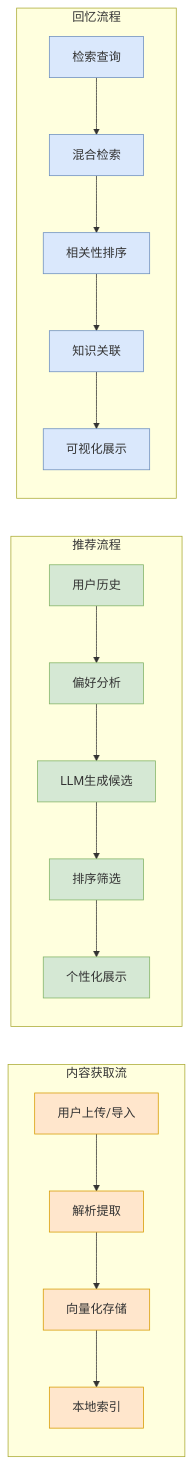
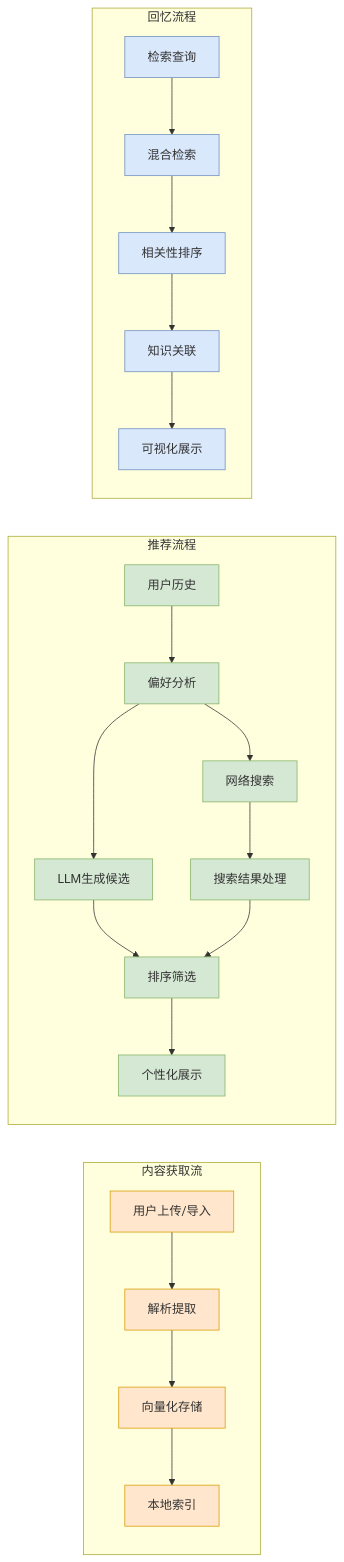
One commit to EnigmaWU/MyLLM_Arena changed the fourth of 9 diagrams in MyStartups/NextBook/README.md. Above: the diagram before and after it, drawn with Mermaid. The commit also changed other lines of this file, not shown here.

Commit message:
更新《README.md》，添加来源和算法部分，详细描述实时搜索、专业书评网站和学术数据库的整合，优化前后端架构图，增强用户对NextBook Agent功能的理解

````diff
--- a/MyStartups/NextBook/README.md
+++ b/MyStartups/NextBook/README.md
@@ -225,22 +258,28 @@
 ```mermaid
 flowchart LR
     subgraph "内容获取流"
         A1[用户上传/导入] --> A2[解析提取] --> A3[向量化存储] --> A4[本地索引]
     end
     
     subgraph "推荐流程"
-        B1[用户历史] --> B2[偏好分析] --> B3[LLM生成候选] --> B4[排序筛选] --> B5[个性化展示]
+        B1[用户历史] --> B2[偏好分析] 
+        B2 --> B3[LLM生成候选]
+        B2 --> B6[网络搜索]
+        B6 --> B7[搜索结果处理]
+        B3 --> B4[排序筛选]
+        B7 --> B4
+        B4 --> B5[个性化展示]
     end
     
     subgraph "回忆流程"
         C1[检索查询] --> C2[混合检索] --> C3[相关性排序] --> C4[知识关联] --> C5[可视化展示]
     end
     
     classDef flow1 fill:#ffe6cc,stroke:#d79b00
     classDef flow2 fill:#d5e8d4,stroke:#82b366
     classDef flow3 fill:#dae8fc,stroke:#6c8ebf
     
     class A1,A2,A3,A4 flow1
-    class B1,B2,B3,B4,B5 flow2
+    class B1,B2,B3,B4,B5,B6,B7 flow2
     class C1,C2,C3,C4,C5 flow3
 ```
````
